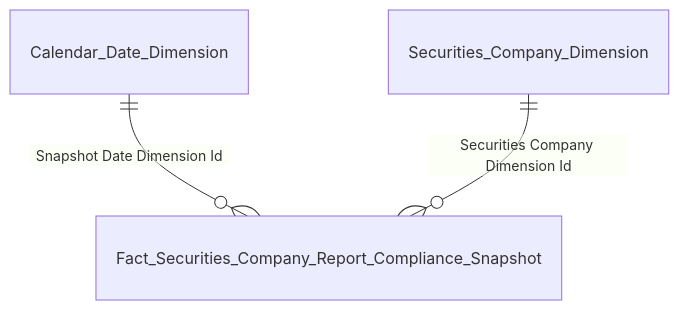
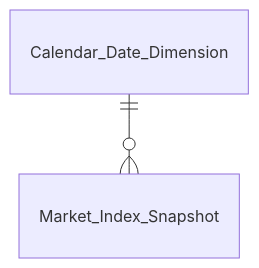
Before and after one commit to linhlvit/ubck_atomic_design: the fifth of 7 diagrams in Datamart/hld/DTM_QLKD_Entities.md, drawn with Mermaid. The commit also changed other lines of this file and 35 other files, not shown here.

````diff
--- a/Datamart/hld/DTM_QLKD_Entities.md
+++ b/Datamart/hld/DTM_QLKD_Entities.md
@@ -84,5 +87,4 @@
 ```mermaid
 erDiagram
-    Calendar_Date_Dimension ||--o{ Fact_Securities_Company_Report_Compliance_Snapshot : "Snapshot Date Dimension Id"
-    Securities_Company_Dimension ||--o{ Fact_Securities_Company_Report_Compliance_Snapshot : "Securities Company Dimension Id"
+    Calendar_Date_Dimension ||--o{ Market_Index_Snapshot : " "
 ```
````
